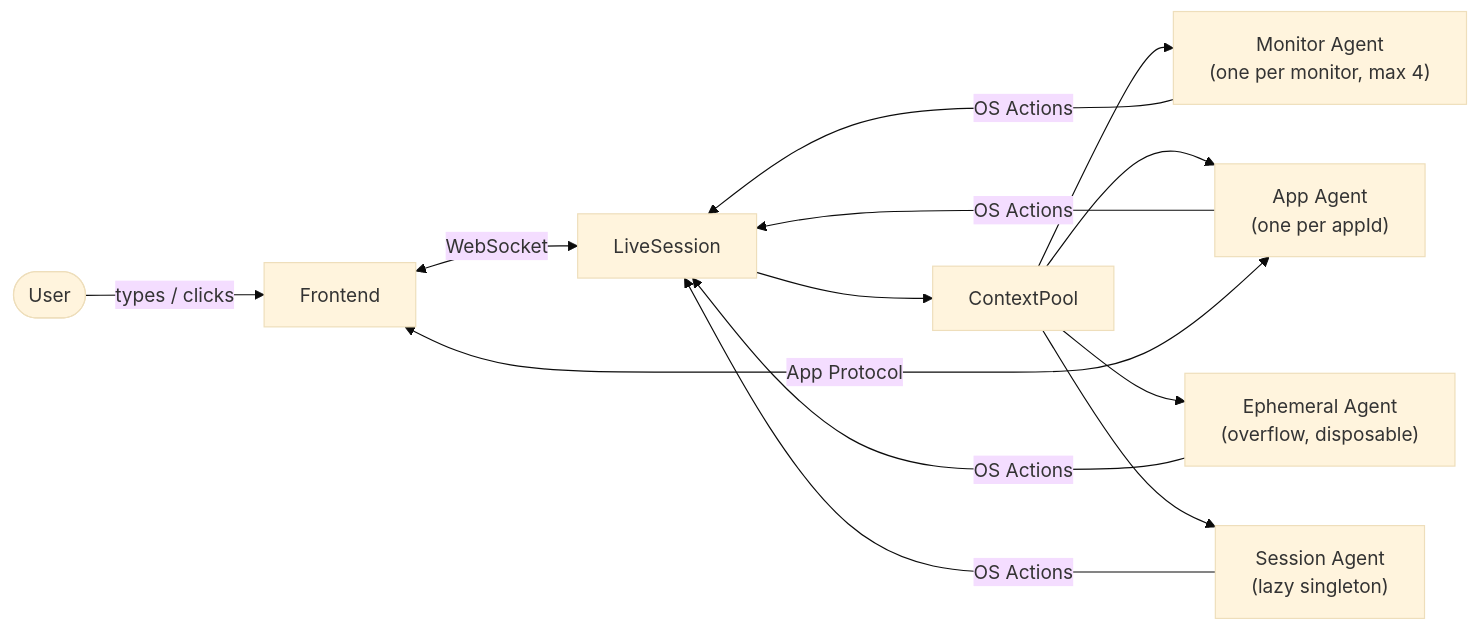
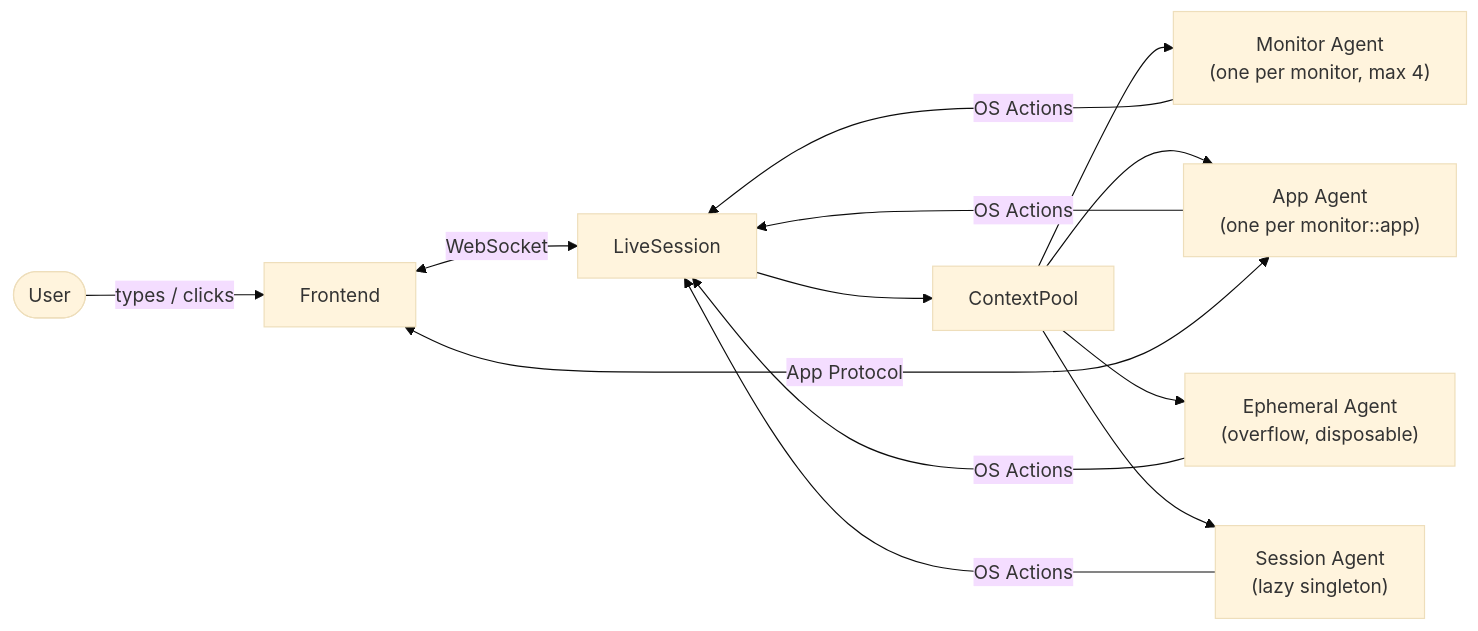
Before and after one commit to sorryhyun/yaar: the first of 7 diagrams in docs/ko/common_flow.md, drawn with Mermaid (base theme). The commit also changed other lines of this file and 53 other files, not shown here.

````diff
--- a/docs/ko/common_flow.md
+++ b/docs/ko/common_flow.md
@@ -9,12 +9,12 @@
 ```mermaid
 flowchart LR
     User([User]) -->|types / clicks| FE[Frontend]
     FE <-->|WebSocket| LS[LiveSession]
     LS --> CP[ContextPool]
     CP --> MA["Monitor Agent<br/>(one per monitor, max 4)"]
-    CP --> AA["App Agent<br/>(one per appId)"]
+    CP --> AA["App Agent<br/>(one per monitor::app)"]
     CP --> EA["Ephemeral Agent<br/>(overflow, disposable)"]
     CP --> SA["Session Agent<br/>(lazy singleton)"]
     MA & AA & EA & SA -->|OS Actions| LS
     AA <-->|App Protocol| FE
 ```
````
